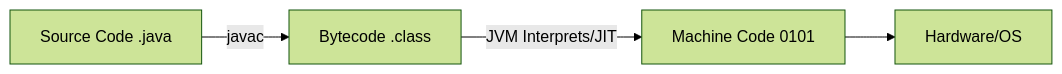
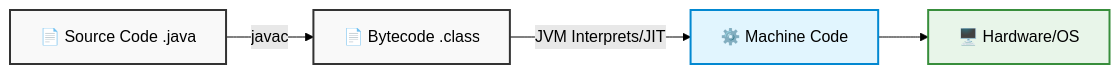
The second of 36 diagrams in Ultimate_Java_Placement_Handbook.md (Omkar4112/Placement-Preparation-Hub), drawn with Mermaid (forest theme) before and after one commit. The commit also changed other lines of this file, not shown here.

Commit message:
Enhance Mermaid architecture diagrams in handbook

````diff
--- a/Ultimate_Java_Placement_Handbook.md
+++ b/Ultimate_Java_Placement_Handbook.md
@@ -87,6 +101,10 @@
 ```mermaid
 flowchart LR
-    A[Source Code .java] -- javac --> B[Bytecode .class]
-    B -- JVM Interprets/JIT --> C[Machine Code 0101]
-    C --> D[Hardware/OS]
+    classDef file fill:#f9f9f9,stroke:#333,stroke-width:2px;
+    classDef process fill:#e1f5fe,stroke:#0288d1,stroke-width:2px,color:#000;
+    classDef hardware fill:#e8f5e9,stroke:#388e3c,stroke-width:2px,color:#000;
+
+    A[📄 Source Code .java]:::file -- javac --> B[📄 Bytecode .class]:::file
+    B -- JVM Interprets/JIT --> C[⚙️ Machine Code]:::process
+    C --> D[🖥️ Hardware/OS]:::hardware
 ```
````
